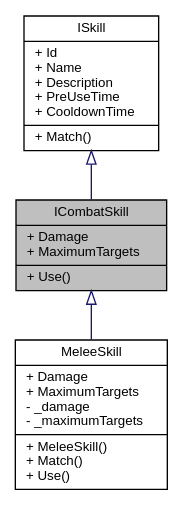
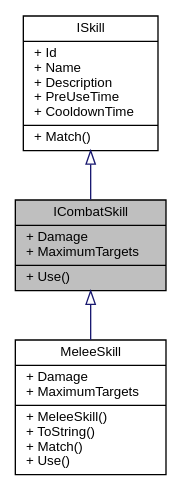
The diagram in d6/dfb/interface_action_rpg_kit_1_1_character_1_1_skill_1_1_i_combat_skill__inherit__graph.dot (PaulSchweizer/ActionRpgKit), drawn with Graphviz before and after one commit. The commit also changed 376 other files, not shown here.

```diff
--- a/d6/dfb/interface_action_rpg_kit_1_1_character_1_1_skill_1_1_i_combat_skill__inherit__graph.dot
+++ b/d6/dfb/interface_action_rpg_kit_1_1_character_1_1_skill_1_1_i_combat_skill__inherit__graph.dot
@@ -1,11 +1,11 @@
 digraph "ICombatSkill"
 {
  // INTERACTIVE_SVG=YES
   edge [fontname="Helvetica",fontsize="10",labelfontname="Helvetica",labelfontsize="10"];
   node [fontname="Helvetica",fontsize="10",shape=record];
   Node1 [label="{ICombatSkill\n|+ Damage\l+ MaximumTargets\l|+ Use()\l}",height=0.2,width=0.4,color="black", fillcolor="grey75", style="filled" fontcolor="black"];
   Node2 -> Node1 [dir="back",color="midnightblue",fontsize="10",style="solid",arrowtail="onormal",fontname="Helvetica"];
   Node2 [label="{ISkill\n|+ Id\l+ Name\l+ Description\l+ PreUseTime\l+ CooldownTime\l|+ Match()\l}",height=0.2,width=0.4,color="black", fillcolor="white", style="filled",URL="$d5/dc7/interface_action_rpg_kit_1_1_character_1_1_skill_1_1_i_skill.xhtml",tooltip="Interface for Skills."];
   Node1 -> Node3 [dir="back",color="midnightblue",fontsize="10",style="solid",arrowtail="onormal",fontname="Helvetica"];
-  Node3 [label="{MeleeSkill\n|+ Damage\l+ MaximumTargets\l- _damage\l- _maximumTargets\l|+ MeleeSkill()\l+ Match()\l+ Use()\l}",height=0.2,width=0.4,color="black", fillcolor="white", style="filled",URL="$d4/d60/class_action_rpg_kit_1_1_character_1_1_skill_1_1_melee_skill.xhtml",tooltip="Allows to attack with a melee weapon."];
+  Node3 [label="{MeleeSkill\n|+ Damage\l+ MaximumTargets\l|+ MeleeSkill()\l+ ToString()\l+ Match()\l+ Use()\l}",height=0.2,width=0.4,color="black", fillcolor="white", style="filled",URL="$d4/d60/class_action_rpg_kit_1_1_character_1_1_skill_1_1_melee_skill.xhtml",tooltip="Allows to attack with a melee weapon."];
 }
```
